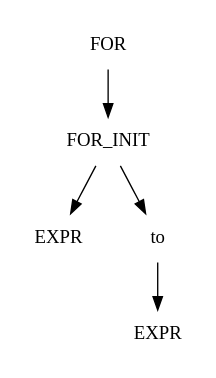
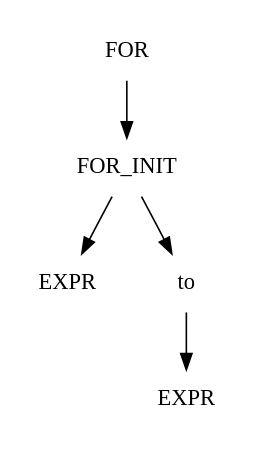
One commit to vehre/aspa_cscc changed the diagram in doc/vbfor2.dot. Above: the diagram before and after it, drawn with Graphviz. The commit also changed 8 other files, not shown here.

```diff
--- a/doc/vbfor2.dot
+++ b/doc/vbfor2.dot
@@ -1,9 +1,9 @@
 digraph L0 {
-        size = "3,2.5";
+        size = "3,3";
         ordering=out;
         node [shape = plaintext];
         EXPR2 [label=EXPR];
         FOR -> FOR_INIT;
         FOR_INIT -> {EXPR to};
         to -> EXPR2;
 }
```
